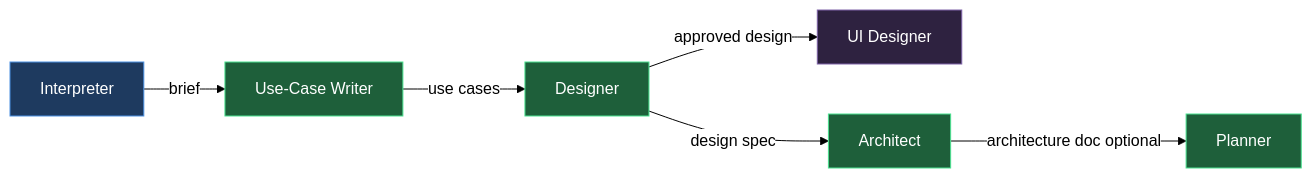
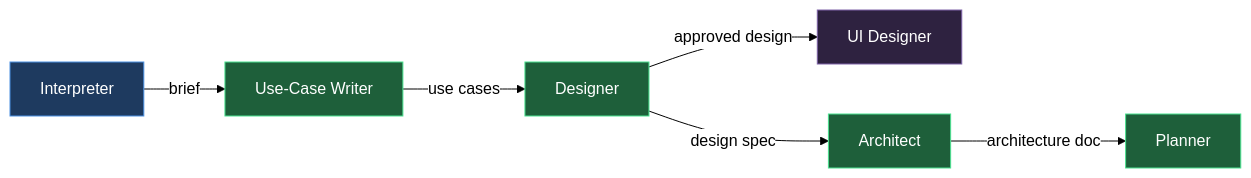
One commit to mebius-san/lazy-cortex changed the diagram in plugins/claude/lazycortex-experts/help/design-time-agents.md. Above: the diagram before and after it, drawn with Mermaid. The commit also changed other lines of this file and 499 other files, not shown here.

Commit message:
release: core 11.0.0, diagram 2.0.3, experts 1.10.0, observe 2.2.6, obsidian 6.2.0, python 4.13.0, review 6.14.0, specs 10.0.0, wiki 3.7.0

````diff
--- a/plugins/claude/lazycortex-experts/help/design-time-agents.md
+++ b/plugins/claude/lazycortex-experts/help/design-time-agents.md
@@ -64,27 +66,27 @@
 ```mermaid
 %%{init: {'themeVariables':{'background':'transparent','lineColor':'#000','textColor':'#000','edgeLabelBackground':'#fff'},'themeCSS':'.edgeLabel{background-color:transparent!important}.edgeLabel p{background-color:transparent!important}','flowchart':{'diagramPadding':5,'useMaxWidth':true}}}%%
 flowchart LR
   interpreter["Interpreter"]
   useCaseWriter["Use-Case Writer"]
   designer["Designer"]
   uiDesigner["UI Designer"]
   architect["Architect"]
   planner["Planner"]
 
   interpreter -->|brief| useCaseWriter
   useCaseWriter -->|use cases| designer
   designer -->|design spec| architect
-  architect -->|architecture doc optional| planner
+  architect -->|architecture doc| planner
   designer -->|approved design| uiDesigner
 
   classDef entry fill:#1e3a5f,stroke:#4a90e2,color:#fff
   classDef action fill:#1e5f3a,stroke:#4ae290,color:#fff
   classDef sub fill:#2e2240,stroke:#7e63a8,color:#fff
 
   class interpreter entry
   class useCaseWriter action
   class designer action
   class architect action
   class planner action
   class uiDesigner sub
 ```
````
